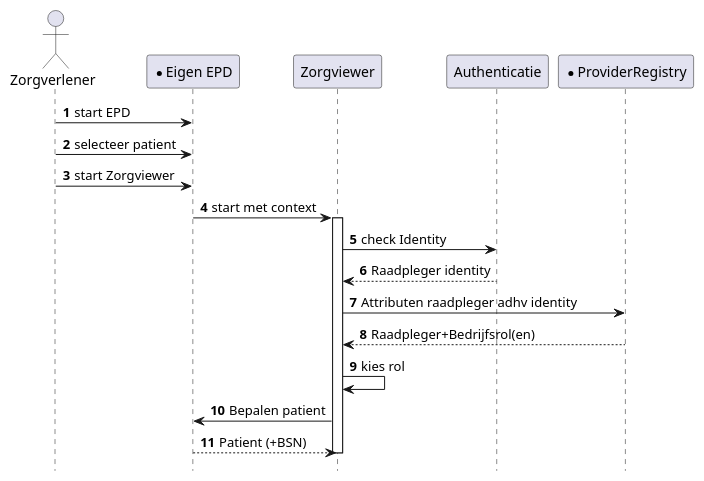
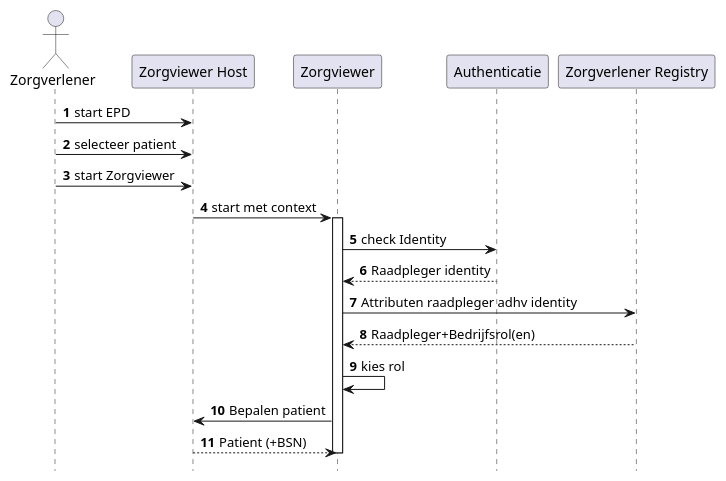
One commit to RIVO-Noord/zorgviewer-ig changed the diagram in input/images-source/Zorgviewer-seq-1.plantuml. Above: the diagram before and after it, drawn with PlantUML. The commit also changed 3 other files, not shown here.

```diff
--- a/input/images-source/Zorgviewer-seq-1.plantuml
+++ b/input/images-source/Zorgviewer-seq-1.plantuml
@@ -1,26 +1,26 @@
 @startuml
 hide footbox
 autonumber
 
 actor Zorgverlener
-participant "*Eigen EPD" as EPD
+participant "Zorgviewer Host" as EPD
 participant Zorgviewer
 participant Authenticatie
-participant "*ProviderRegistry" as ProviderRegistry
+participant "Zorgverlener Registry" as ZorgverlenerRegistry
 
 Zorgverlener->EPD: start EPD
 Zorgverlener->EPD: selecteer patient
 Zorgverlener->EPD: start Zorgviewer
 EPD->Zorgviewer: start met context
 
 activate Zorgviewer
 Zorgviewer->Authenticatie: check Identity
 Authenticatie-->Zorgviewer: Raadpleger identity
-Zorgviewer->ProviderRegistry: Attributen raadpleger adhv identity
-ProviderRegistry-->Zorgviewer: Raadpleger+Bedrijfsrol(en)
+Zorgviewer->ZorgverlenerRegistry: Attributen raadpleger adhv identity
+ZorgverlenerRegistry-->Zorgviewer: Raadpleger+Bedrijfsrol(en)
 Zorgviewer->Zorgviewer: kies rol
 Zorgviewer->EPD: Bepalen patient
 EPD-->Zorgviewer: Patient (+BSN)
 deactivate Zorgviewer
 
 @enduml
```
